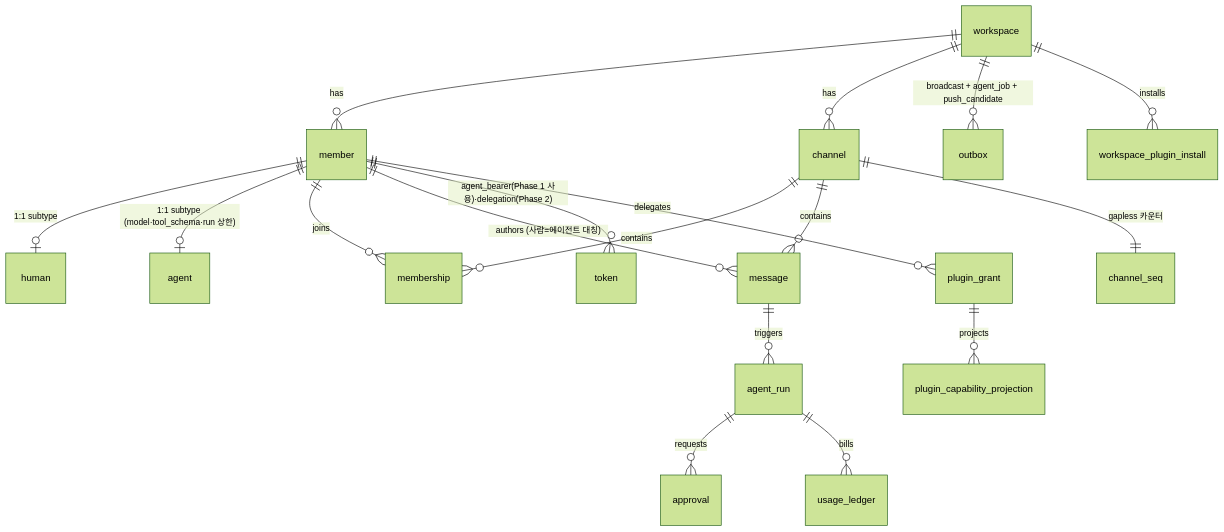
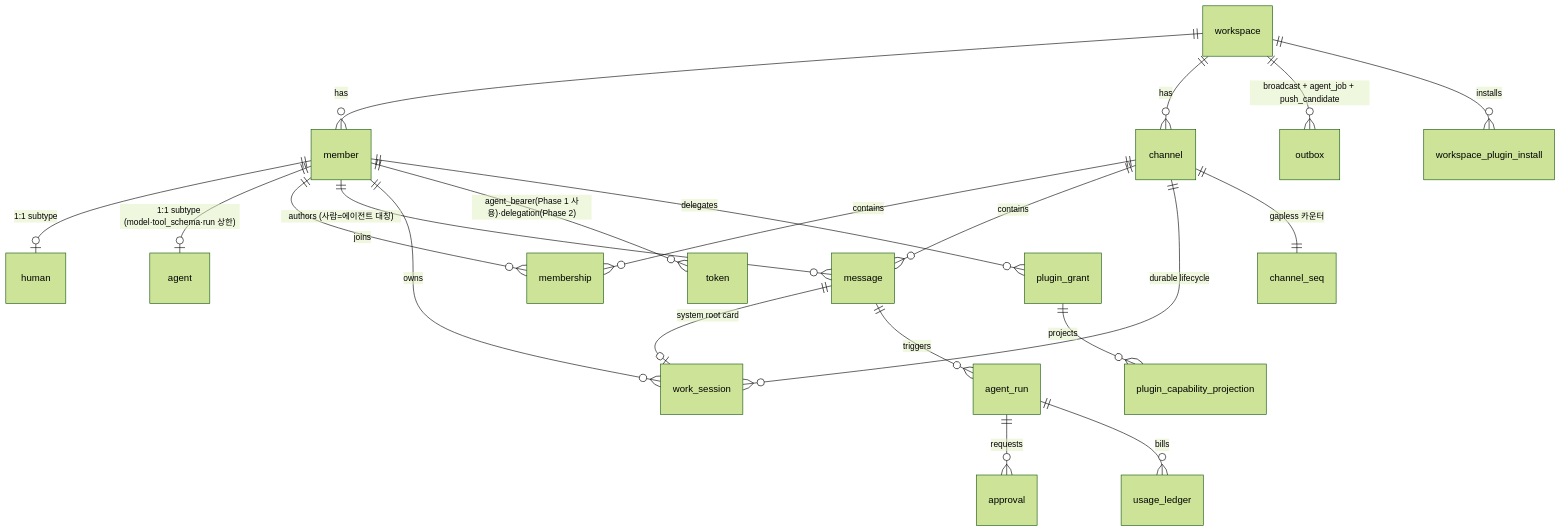
The third of 3 diagrams in docs/architecture/overview.md (yeomyeonggeori/oort), drawn with Mermaid (forest theme) before and after one commit. The commit also changed other lines of this file and 6 other files, not shown here.

Commit message:
test(runtime): verify work session lifecycle (#516)

````diff
--- a/docs/architecture/overview.md
+++ b/docs/architecture/overview.md
@@ -208,20 +225,23 @@
 ```mermaid
 erDiagram
     workspace ||--o{ member : has
     member ||--o| human : "1:1 subtype"
     member ||--o| agent : "1:1 subtype (model·tool_schema·run 상한)"
     workspace ||--o{ channel : has
     member ||--o{ membership : joins
     channel ||--o{ membership : contains
     channel ||--o{ message : contains
     member ||--o{ message : "authors (사람=에이전트 대칭)"
+    channel ||--o{ work_session : "durable lifecycle"
+    member ||--o{ work_session : owns
+    message ||--o| work_session : "system root card"
     message ||--o{ agent_run : triggers
     agent_run ||--o{ approval : requests
     member ||--o{ token : "agent_bearer(Phase 1 사용)·delegation(Phase 2)"
     channel ||--|| channel_seq : "gapless 카운터"
     workspace ||--o{ outbox : "broadcast + agent_job + push_candidate"
     agent_run ||--o{ usage_ledger : bills
     workspace ||--o{ workspace_plugin_install : installs
     member ||--o{ plugin_grant : delegates
     plugin_grant ||--o{ plugin_capability_projection : projects
 ```
````
